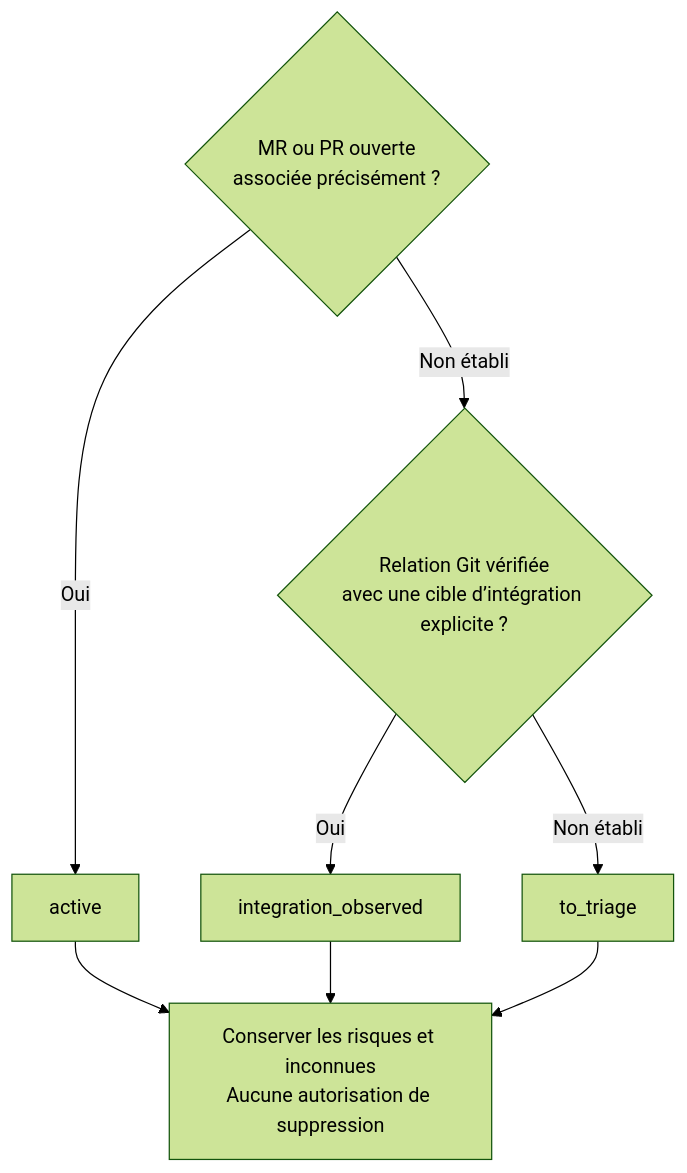
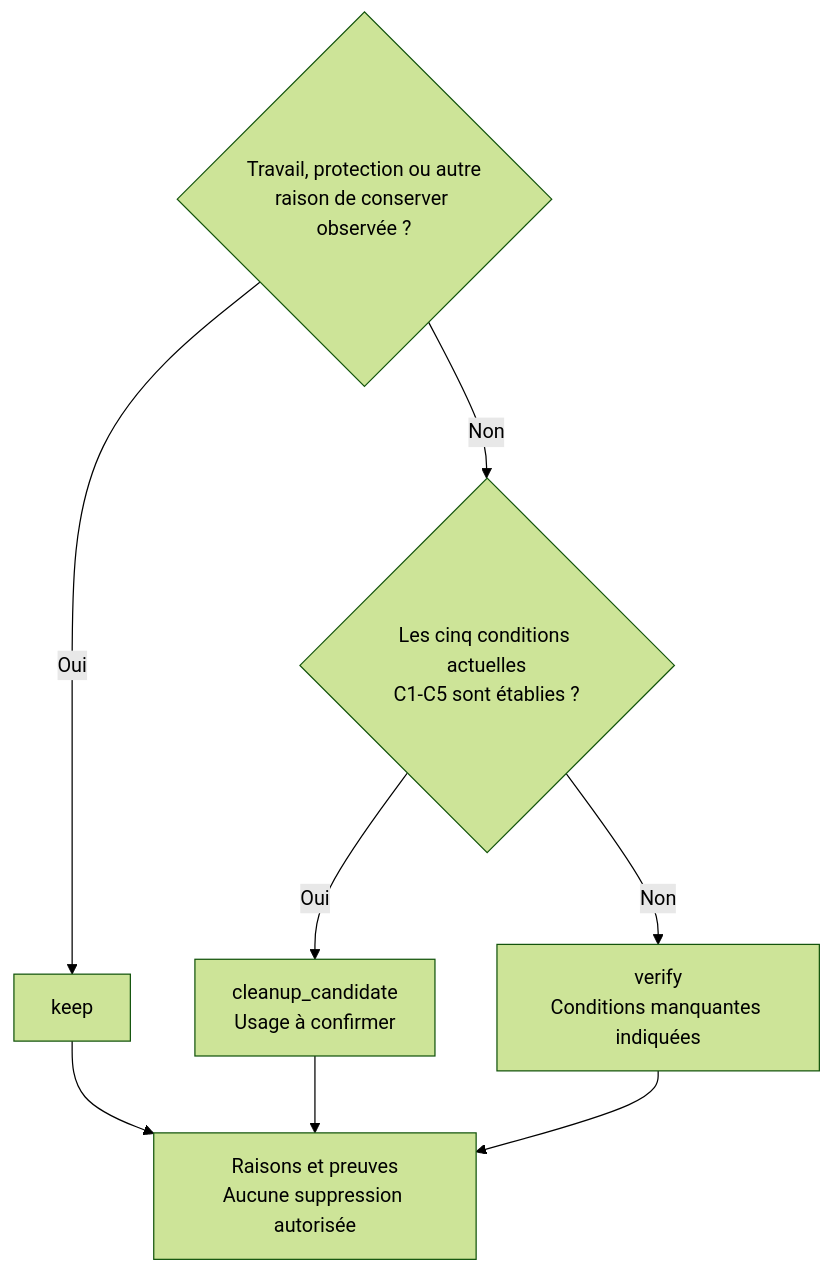
Before and after one commit to FlorianBruniaux/wt-sweep: the second of 2 diagrams in README.fr.md, drawn with Mermaid (forest theme). The commit also changed other lines of this file and 63 other files, not shown here.

````diff
--- a/README.fr.md
+++ b/README.fr.md
@@ -183,11 +192,11 @@
 ```mermaid
 flowchart TD
-    Open{"MR ou PR ouverte<br/>associée précisément ?"}
-    Open -->|Oui| Active["active"]
-    Open -->|Non établi| Git{"Relation Git vérifiée<br/>avec une cible d’intégration explicite ?"}
-    Git -->|Oui| Integrated["integration_observed"]
-    Git -->|Non établi| Triage["to_triage"]
-    Active --> Review["Conserver les risques et inconnues<br/>Aucune autorisation de suppression"]
-    Integrated --> Review
-    Triage --> Review
+    Reason{"Travail, protection ou autre<br/>raison de conserver observée ?"}
+    Reason -->|Oui| Keep["keep"]
+    Reason -->|Non| Proof{"Les cinq conditions actuelles<br/>C1-C5 sont établies ?"}
+    Proof -->|Oui| Candidate["cleanup_candidate<br/>Usage à confirmer"]
+    Proof -->|Non| Verify["verify<br/>Conditions manquantes indiquées"]
+    Keep --> Report["Raisons et preuves<br/>Aucune suppression autorisée"]
+    Candidate --> Report
+    Verify --> Report
 ```
````
